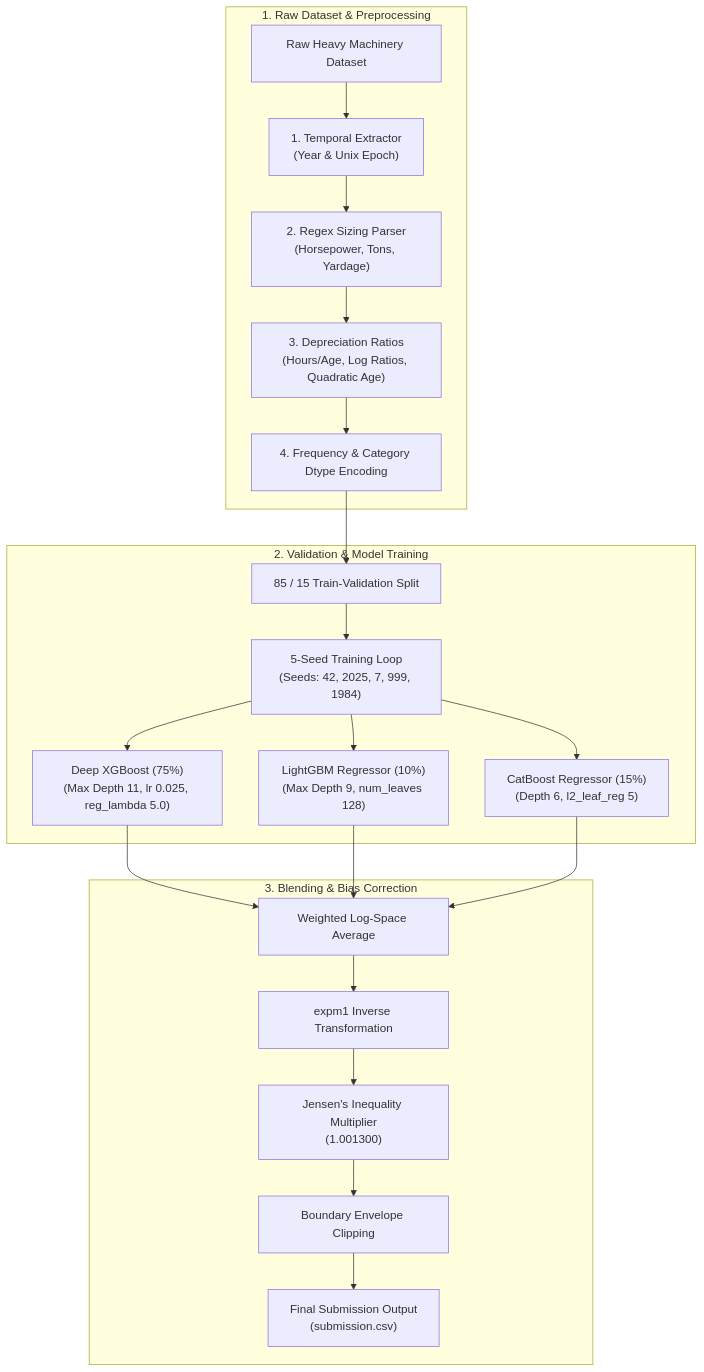
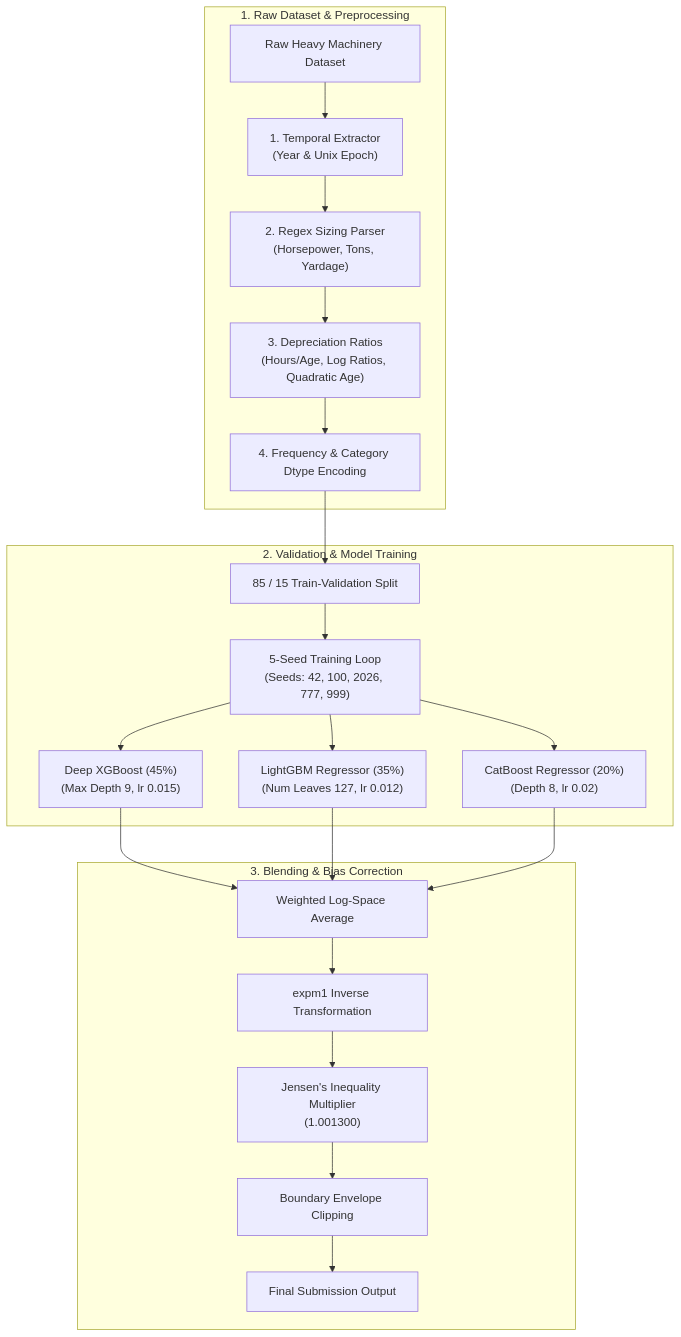
The diagram in README.md (24f3004027/Machine_Learning_Practice_Project), drawn with Mermaid before and after one commit. The commit also changed other lines of this file and 1 other file, not shown here.

````diff
--- a/README.md
+++ b/README.md
@@ -29,29 +41,29 @@
 ```mermaid
 graph TD
     subgraph 1. Raw Dataset & Preprocessing
         RawData["Raw Heavy Machinery Dataset"] --> DateParse["1. Temporal Extractor<br/>(Year & Unix Epoch)"]
         DateParse --> CapacityParse["2. Regex Sizing Parser<br/>(Horsepower, Tons, Yardage)"]
         CapacityParse --> DepRatios["3. Depreciation Ratios<br/>(Hours/Age, Log Ratios, Quadratic Age)"]
         DepRatios --> CatFreq["4. Frequency & Category Dtype Encoding"]
     end
 
     subgraph 2. Validation & Model Training
         CatFreq --> ValSplit["85 / 15 Train-Validation Split"]
-        ValSplit --> SeedLoop["5-Seed Training Loop<br/>(Seeds: 42, 2025, 7, 999, 1984)"]
+        ValSplit --> SeedLoop["5-Seed Training Loop<br/>(Seeds: 42, 100, 2026, 777, 999)"]
         
-        SeedLoop --> DeepXGB["Deep XGBoost (75%)<br/>(Max Depth 11, lr 0.025, reg_lambda 5.0)"]
-        SeedLoop --> LGBM["LightGBM Regressor (10%)<br/>(Max Depth 9, num_leaves 128)"]
-        SeedLoop --> CatB["CatBoost Regressor (15%)<br/>(Depth 6, l2_leaf_reg 5)"]
+        SeedLoop --> DeepXGB["Deep XGBoost (45%)<br/>(Max Depth 9, lr 0.015)"]
+        SeedLoop --> LGBM["LightGBM Regressor (35%)<br/>(Num Leaves 127, lr 0.012)"]
+        SeedLoop --> CatB["CatBoost Regressor (20%)<br/>(Depth 8, lr 0.02)"]
     end
 
     subgraph 3. Blending & Bias Correction
         DeepXGB --> LogBlend["Weighted Log-Space Average"]
         LGBM --> LogBlend
         CatB --> LogBlend
         
         LogBlend --> Antilog["expm1 Inverse Transformation"]
         Antilog --> Multiplier["Jensen's Inequality Multiplier<br/>(1.001300)"]
         Multiplier --> BoundaryClip["Boundary Envelope Clipping"]
-        BoundaryClip --> FinalSub["Final Submission Output<br/>(submission.csv)"]
+        BoundaryClip --> FinalSub["Final Submission Output"]
     end
 ```
````
